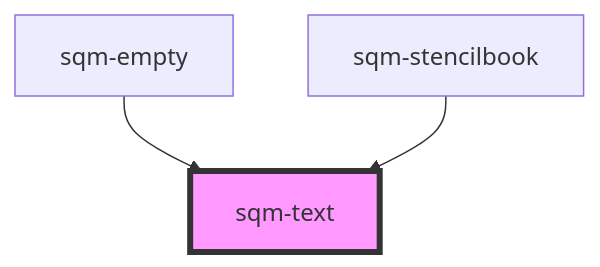
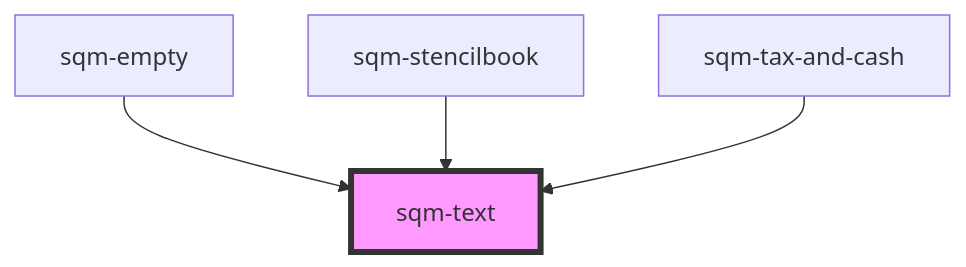
The diagram in packages/mint-components/src/components/sqm-text/readme.md (saasquatch/program-tools), drawn with Mermaid before and after one commit. The commit also changed other lines of this file and 12 other files, not shown here.

````diff
--- a/packages/mint-components/src/components/sqm-text/readme.md
+++ b/packages/mint-components/src/components/sqm-text/readme.md
@@ -16,6 +17,7 @@
 ```mermaid
 graph TD;
   sqm-empty --> sqm-text
   sqm-stencilbook --> sqm-text
+  sqm-tax-and-cash --> sqm-text
   style sqm-text fill:#f9f,stroke:#333,stroke-width:4px
 ```
````
